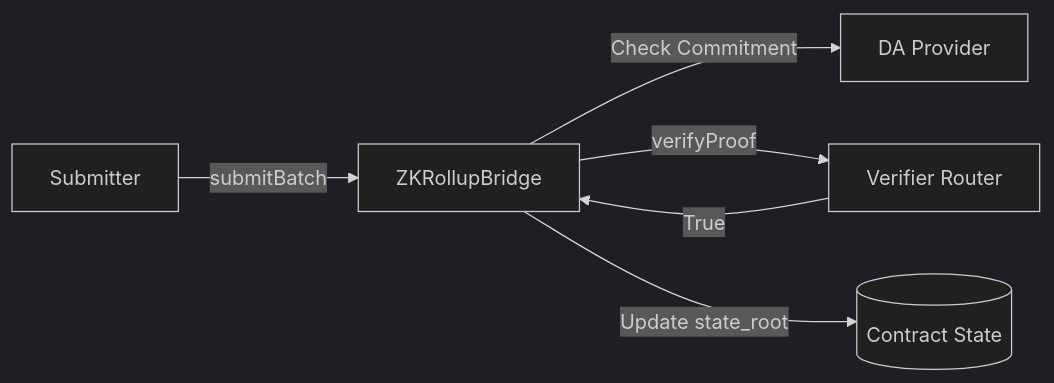
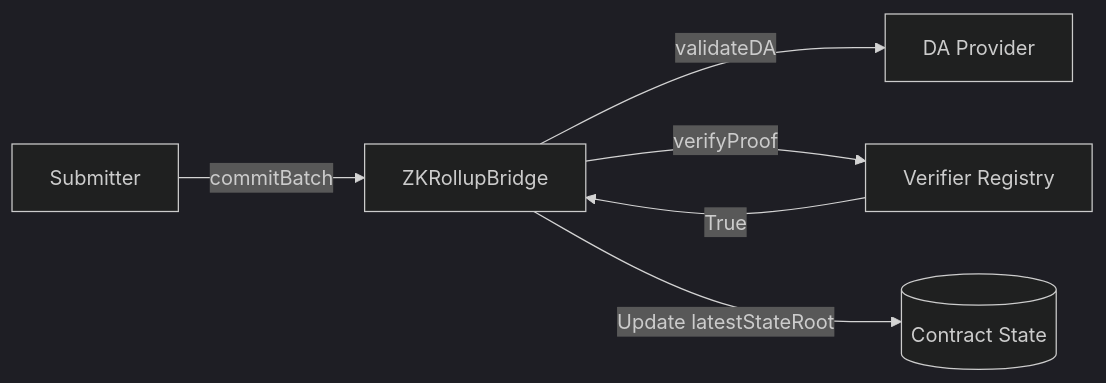
The second of 3 diagrams in docs/contracts.md (RollupX-FYP/rollupx-full-zk-rollup), drawn with Mermaid (dark theme) before and after one commit. The commit also changed other lines of this file and 4 other files, not shown here.

Commit message:
documentation for smart contract architecture, API, and integration guides

````diff
--- a/docs/contracts.md
+++ b/docs/contracts.md
@@ -21,9 +24,9 @@
 ```mermaid
 flowchart LR
-    SUB[Submitter] -->|submitBatch| BR[ZKRollupBridge]
-    BR -->|Check Commitment| DA[DA Provider]
-    BR -->|verifyProof| VER[Verifier Router]
+    SUB[Submitter] -->|commitBatch| BR[ZKRollupBridge]
+    BR -->|validateDA| DA[DA Provider]
+    BR -->|verifyProof| VER[Verifier Registry]
     
     VER -->|True| BR
-    BR -->|Update state_root| STATE[(Contract State)]
+    BR -->|Update latestStateRoot| STATE[(Contract State)]
 ```
````
